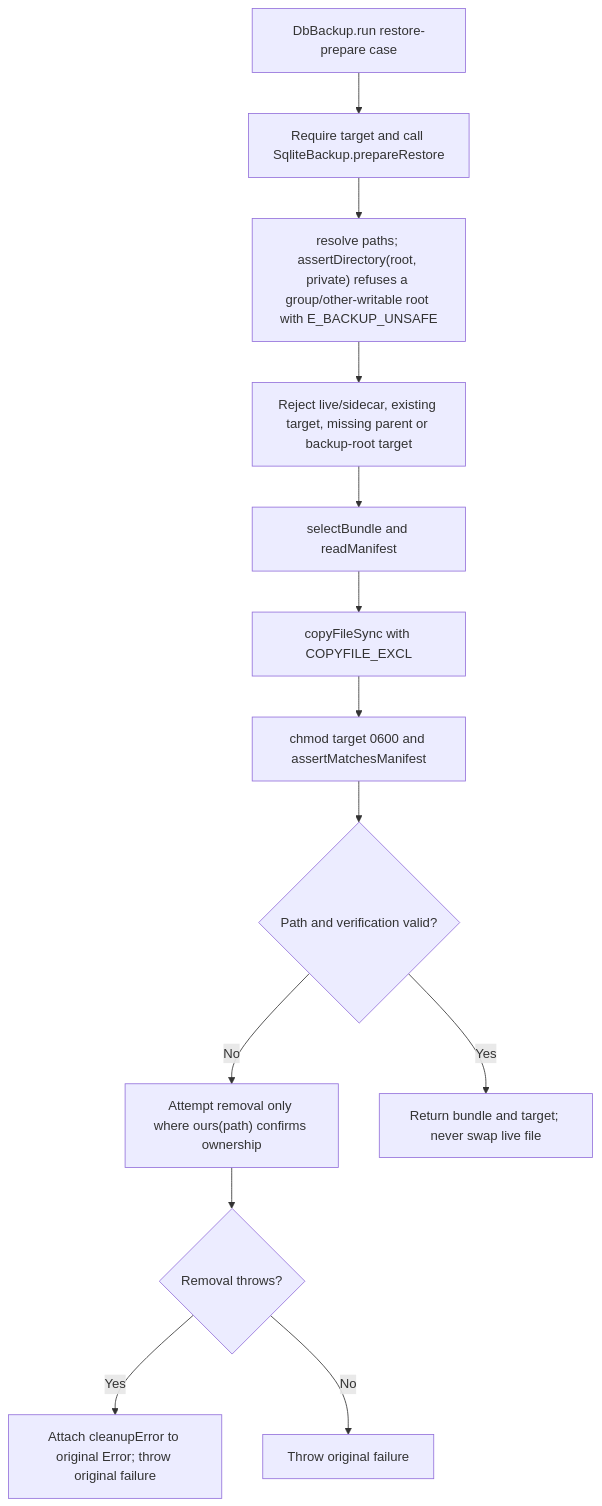
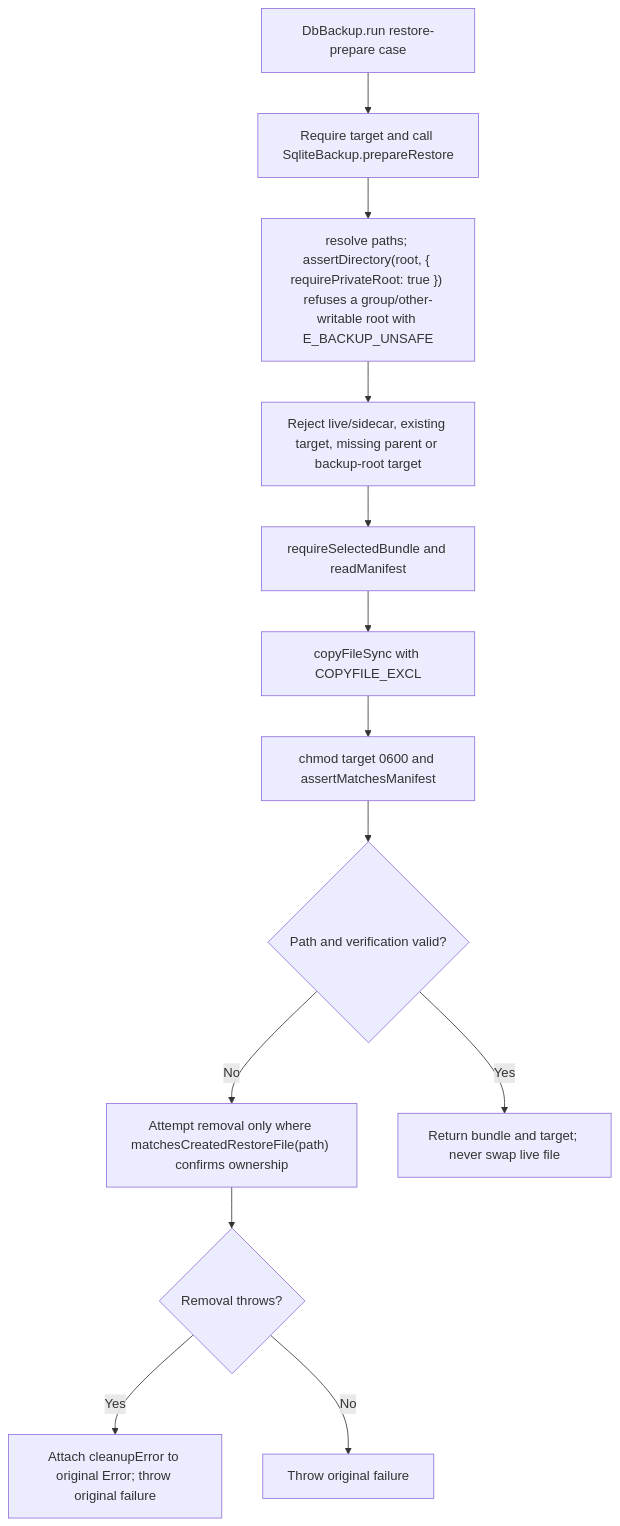
One commit to Kevinjohn/oss-adonisjs-sqlite-backup changed the second of 2 diagrams in user-stories/prepare-restore/us-op-04-prepare-restore.md. Above: the diagram before and after it, drawn with Mermaid. The commit also changed 4 other files, not shown here.

````diff
--- a/user-stories/prepare-restore/us-op-04-prepare-restore.md
+++ b/user-stories/prepare-restore/us-op-04-prepare-restore.md
@@ -47,15 +47,15 @@
 ```mermaid
 flowchart TD
     A["DbBackup.run restore-prepare case"] --> B["Require target and call SqliteBackup.prepareRestore"]
-    B --> C["resolve paths; assertDirectory(root, private) refuses a group/other-writable root with E_BACKUP_UNSAFE"]
+    B --> C["resolve paths; assertDirectory(root, { requirePrivateRoot: true }) refuses a group/other-writable root with E_BACKUP_UNSAFE"]
     C --> D["Reject live/sidecar, existing target, missing parent or backup-root target"]
-    D --> E["selectBundle and readManifest"]
+    D --> E["requireSelectedBundle and readManifest"]
     E --> F["copyFileSync with COPYFILE_EXCL"]
     F --> G["chmod target 0600 and assertMatchesManifest"]
     G --> H{"Path and verification valid?"}
-    H -->|No| I["Attempt removal only where ours(path) confirms ownership"]
+    H -->|No| I["Attempt removal only where matchesCreatedRestoreFile(path) confirms ownership"]
     I --> K{"Removal throws?"}
     K -->|Yes| L["Attach cleanupError to original Error; throw original failure"]
     K -->|No| M["Throw original failure"]
     H -->|Yes| J["Return bundle and target; never swap live file"]
 ```
````
